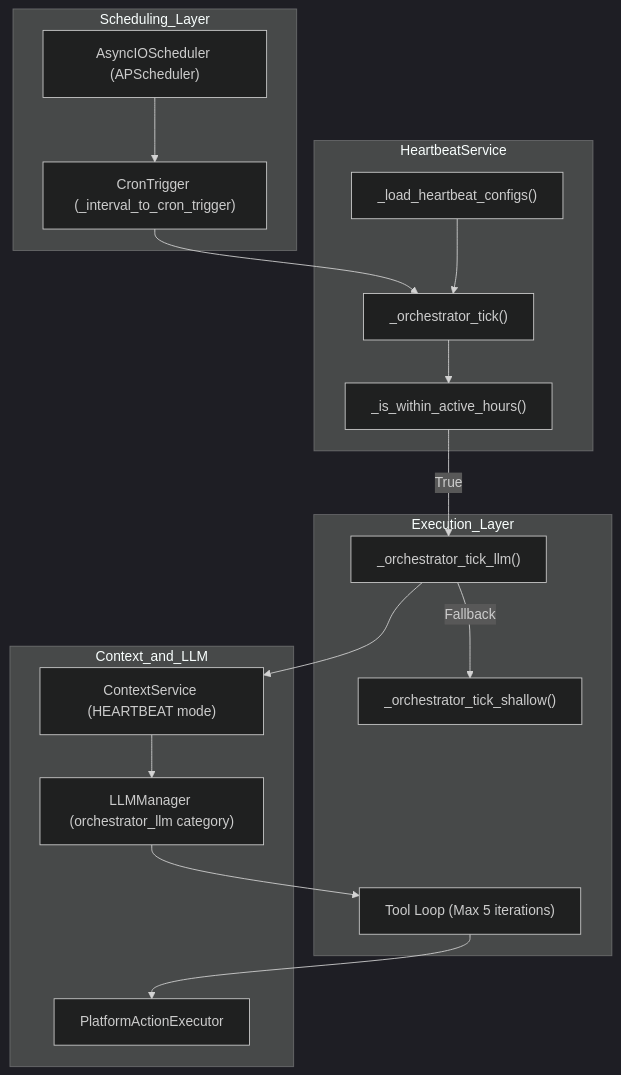
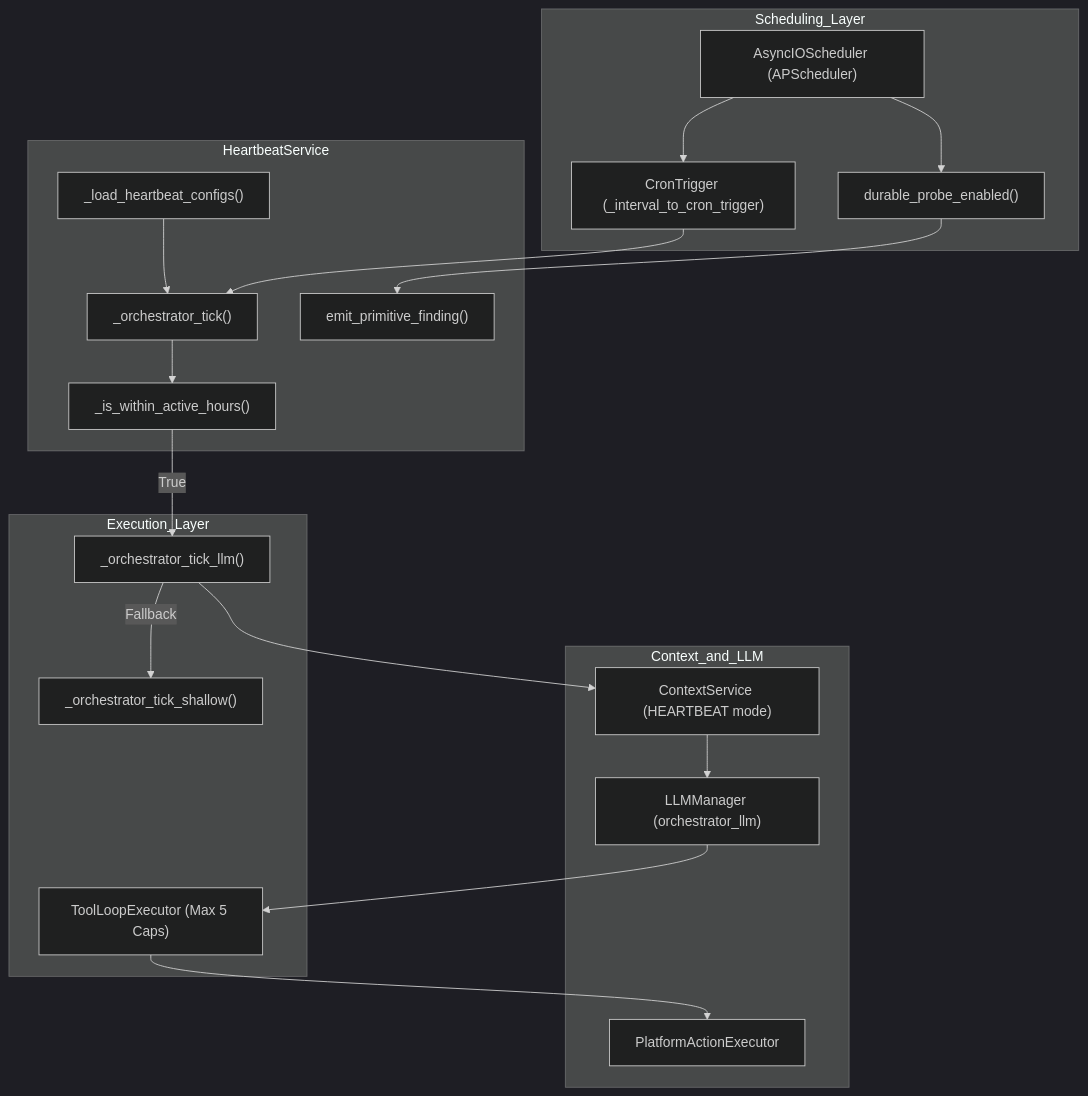
The first of 2 diagrams in docs/heartbeat-proactive-assistant/orchestrator-heartbeat.md (AutomatosAI/automatos-ai), drawn with Mermaid (dark theme) before and after one commit. The commit also changed other lines of this file and 191 other files, not shown here.

````diff
--- a/docs/heartbeat-proactive-assistant/orchestrator-heartbeat.md
+++ b/docs/heartbeat-proactive-assistant/orchestrator-heartbeat.md
@@ -42,36 +46,40 @@
 ```mermaid
 graph TB
     subgraph "Scheduling_Layer"
         APS["AsyncIOScheduler (APScheduler)"]
         Cron["CronTrigger (_interval_to_cron_trigger)"]
+        DurableProbe["durable_probe_enabled()"]
     end
     
     subgraph "HeartbeatService"
         Load["_load_heartbeat_configs()"]
         OrchTick["_orchestrator_tick()"]
         ActiveGuard["_is_within_active_hours()"]
+        EmitFinding["emit_primitive_finding()"]
     end
     
     subgraph "Execution_Layer"
         LLMTick["_orchestrator_tick_llm()"]
         ShallowTick["_orchestrator_tick_shallow()"]
-        ToolLoop["Tool Loop (Max 5 iterations)"]
+        ToolLoop["ToolLoopExecutor (Max 5 Caps)"]
     end
     
     subgraph "Context_and_LLM"
         CtxSvc["ContextService (HEARTBEAT mode)"]
-        LLMMgr["LLMManager (orchestrator_llm category)"]
+        LLMMgr["LLMManager (orchestrator_llm)"]
         PlatExec["PlatformActionExecutor"]
     end
     
     APS --> Cron
+    APS --> DurableProbe
+    DurableProbe --> EmitFinding
     Cron --> OrchTick
     Load --> OrchTick
     OrchTick --> ActiveGuard
     ActiveGuard -->|"True"| LLMTick
     LLMTick -->|"Fallback"| ShallowTick
     LLMTick --> CtxSvc
     CtxSvc --> LLMMgr
     LLMMgr --> ToolLoop
     ToolLoop --> PlatExec
 ```
````
